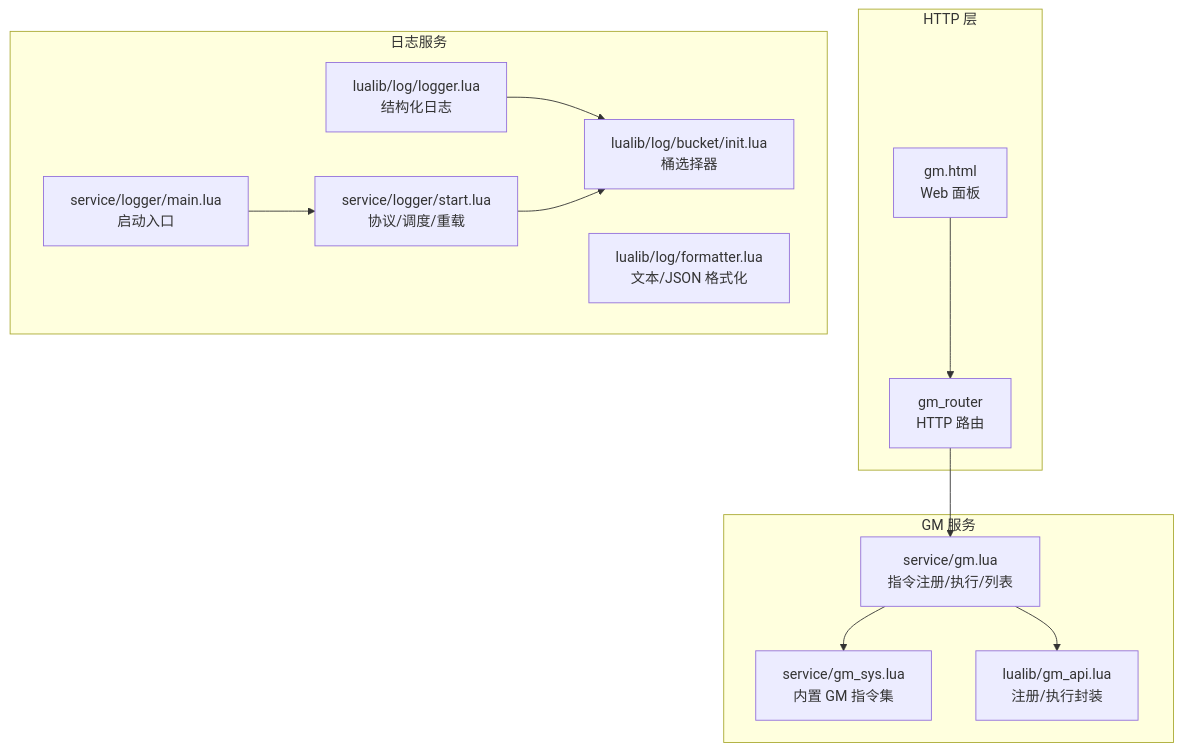
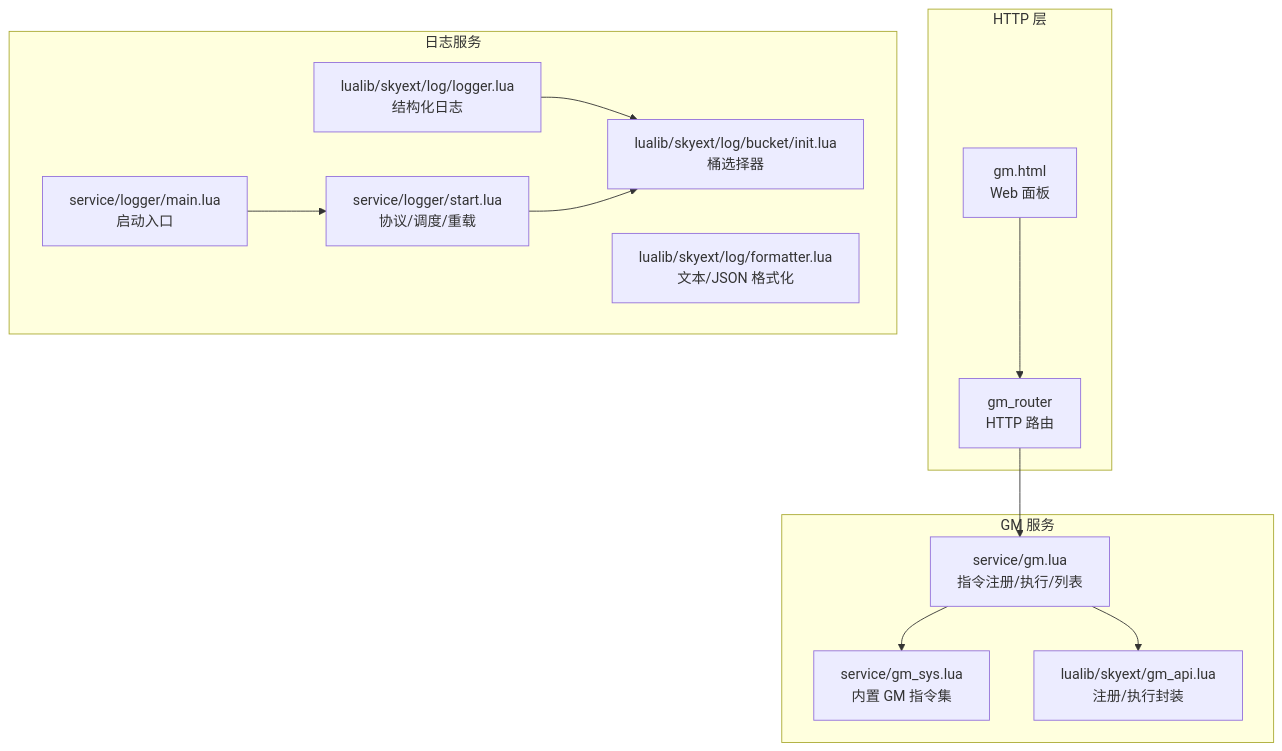
The first of 8 diagrams in docs/repowiki/zh/content/部署运维/监控与日志.md (hanxi/skyext), drawn with Mermaid before and after one commit. The commit also changed other lines of this file and 117 other files, not shown here.

````diff
--- a/docs/repowiki/zh/content/部署运维/监控与日志.md
+++ b/docs/repowiki/zh/content/部署运维/监控与日志.md
@@ -41,26 +41,26 @@
 ```mermaid
 graph TB
 subgraph "HTTP 层"
 R["gm_router<br/>HTTP 路由"]
 UI["gm.html<br/>Web 面板"]
 end
 subgraph "GM 服务"
 GM["service/gm.lua<br/>指令注册/执行/列表"]
 GMSYS["service/gm_sys.lua<br/>内置 GM 指令集"]
-API["lualib/gm_api.lua<br/>注册/执行封装"]
+API["lualib/skyext/gm_api.lua<br/>注册/执行封装"]
 end
 subgraph "日志服务"
 LMAIN["service/logger/main.lua<br/>启动入口"]
 LSTART["service/logger/start.lua<br/>协议/调度/重载"]
-LBKT["lualib/log/bucket/init.lua<br/>桶选择器"]
-LLOG["lualib/log/logger.lua<br/>结构化日志"]
-LFMT["lualib/log/formatter.lua<br/>文本/JSON 格式化"]
+LBKT["lualib/skyext/log/bucket/init.lua<br/>桶选择器"]
+LLOG["lualib/skyext/log/logger.lua<br/>结构化日志"]
+LFMT["lualib/skyext/log/formatter.lua<br/>文本/JSON 格式化"]
 end
 UI --> R
 R --> GM
 GM --> GMSYS
 GM --> API
 LLOG --> LBKT
 LMAIN --> LSTART
 LSTART --> LBKT
 ```
````
